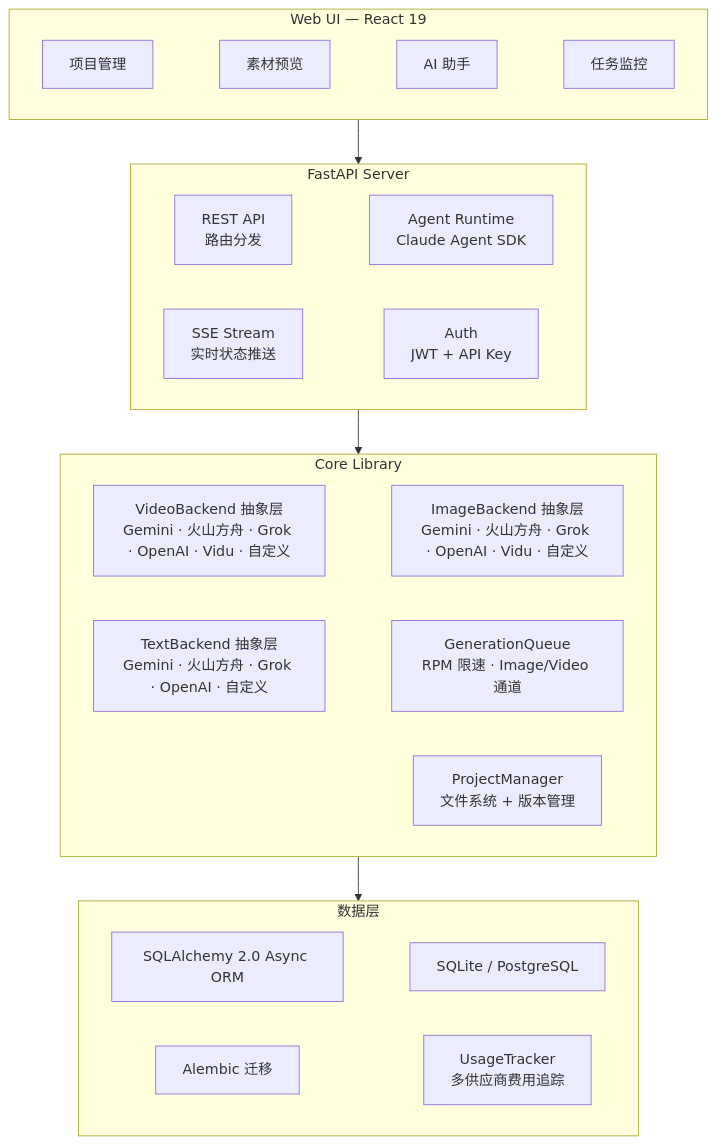
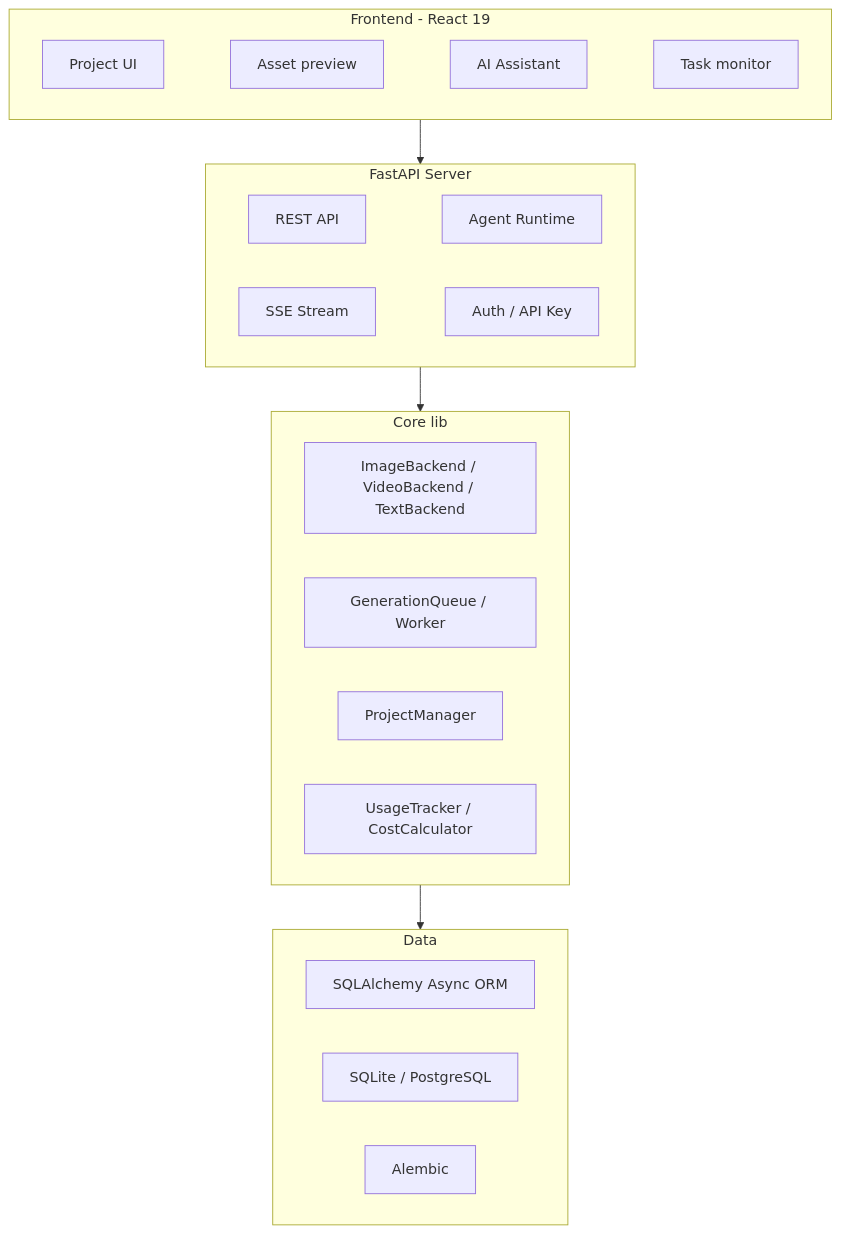
One commit to phamminhkhanh/ArcReel changed the third of 3 diagrams in README.md. Above: the diagram before and after it, drawn with Mermaid. The commit also changed other lines of this file, not shown here.

````diff
--- a/README.md
+++ b/README.md
@@ -240,24 +296,26 @@
 ```mermaid
 flowchart TB
-    subgraph UI["Web UI — React 19"]
-        U1["项目管理"] ~~~ U2["素材预览"] ~~~ U3["AI 助手"] ~~~ U4["任务监控"]
+    subgraph UI[Frontend - React 19]
+        U1[Project UI] ~~~ U2[Asset preview] ~~~ U3[AI Assistant] ~~~ U4[Task monitor]
     end
 
-    subgraph Server["FastAPI Server"]
-        S1["REST API<br/>路由分发"] ~~~ S2["Agent Runtime<br/>Claude Agent SDK"]
-        S3["SSE Stream<br/>实时状态推送"] ~~~ S4["Auth<br/>JWT + API Key"]
+    subgraph Server[FastAPI Server]
+        S1[REST API] ~~~ S2[Agent Runtime]
+        S3[SSE Stream] ~~~ S4[Auth / API Key]
     end
 
-    subgraph Core["Core Library"]
-        C1["VideoBackend 抽象层<br/>Gemini · 火山方舟 · Grok · OpenAI · Vidu · 自定义"] ~~~ C2["ImageBackend 抽象层<br/>Gemini · 火山方舟 · Grok · OpenAI · Vidu · 自定义"]
-        C5["TextBackend 抽象层<br/>Gemini · 火山方舟 · Grok · OpenAI · 自定义"] ~~~ C3["GenerationQueue<br/>RPM 限速 · Image/Video 通道"]
-        C4["ProjectManager<br/>文件系统 + 版本管理"]
+    subgraph Core[Core lib]
+        C1[ImageBackend / VideoBackend / TextBackend]
+        C2[GenerationQueue / Worker]
+        C3[ProjectManager]
+        C4[UsageTracker / CostCalculator]
     end
 
-    subgraph Data["数据层"]
-        D1["SQLAlchemy 2.0 Async ORM"] ~~~ D2["SQLite / PostgreSQL"]
-        D3["Alembic 迁移"] ~~~ D4["UsageTracker<br/>多供应商费用追踪"]
+    subgraph Data[Data]
+        D1[SQLAlchemy Async ORM]
+        D2[SQLite / PostgreSQL]
+        D3[Alembic]
     end
 
     UI --> Server --> Core --> Data
 ```
````
